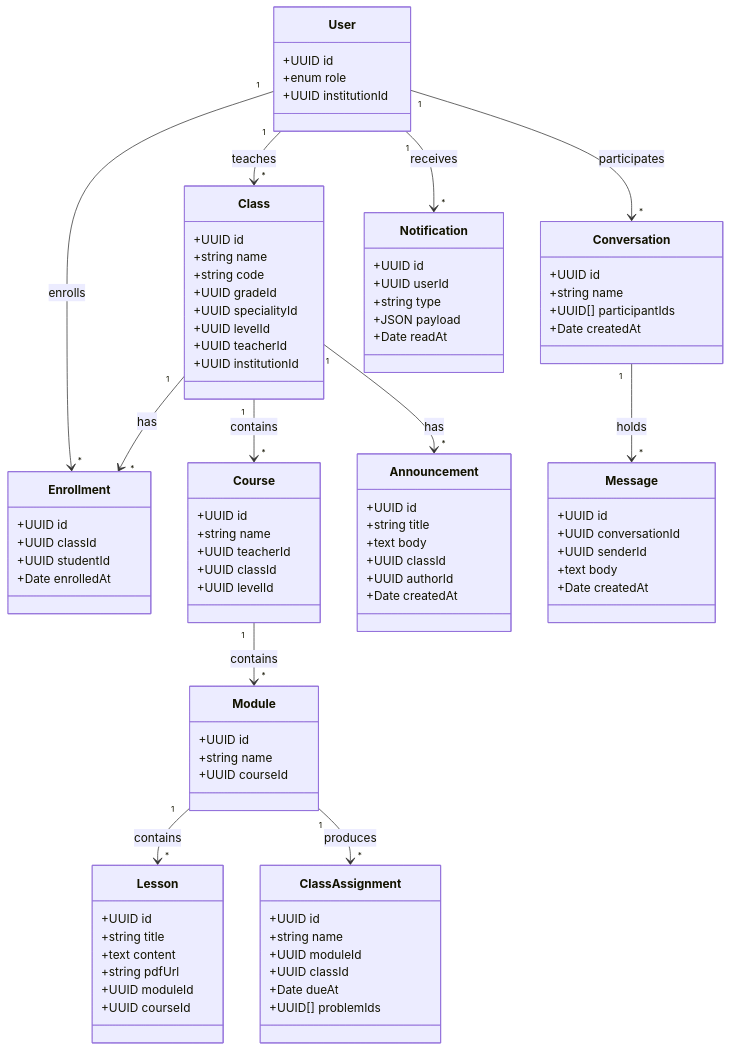
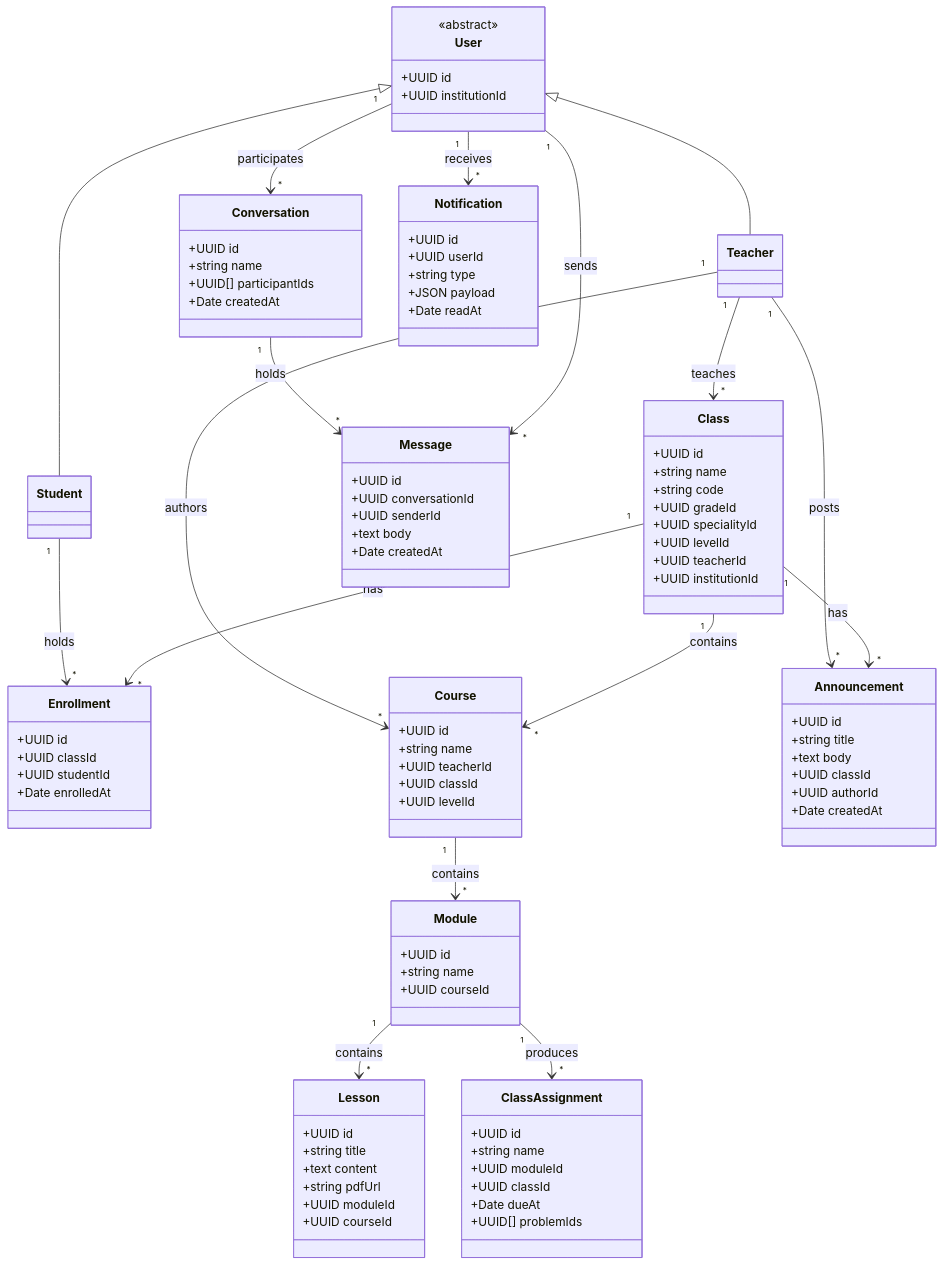
The sixth of 8 diagrams in docs/07_chapitre5_sprint3.md (MaizaAymen/OmniLearn), drawn with Mermaid before and after one commit. The commit also changed other lines of this file and 4 other files, not shown here.

````diff
--- a/docs/07_chapitre5_sprint3.md
+++ b/docs/07_chapitre5_sprint3.md
@@ -262,10 +262,15 @@
 ```mermaid
 classDiagram
   class User {
+    <<abstract>>
     +UUID id
-    +enum role
     +UUID institutionId
   }
+  class Teacher
+  class Student
+  User <|-- Teacher
+  User <|-- Student
+
   class Class {
     +UUID id
     +string name
@@ -339,15 +344,18 @@
     +Date readAt
   }
 
-  User "1"  --> "*" Class       : teaches
-  User "1"  --> "*" Enrollment  : enrolls
-  Class "1" --> "*" Enrollment  : has
-  Class "1" --> "*" Course      : contains
-  Course "1" --> "*" Module     : contains
-  Module "1" --> "*" Lesson     : contains
-  Module "1" --> "*" ClassAssignment : produces
-  Class "1" --> "*" Announcement     : has
-  User  "1" --> "*" Conversation     : participates
-  Conversation "1" --> "*" Message   : holds
-  User  "1" --> "*" Notification     : receives
+  Teacher "1" --> "*" Class            : teaches
+  Teacher "1" --> "*" Course           : authors
+  Teacher "1" --> "*" Announcement     : posts
+  Student "1" --> "*" Enrollment       : holds
+  Class   "1" --> "*" Enrollment       : has
+  Class   "1" --> "*" Course           : contains
+  Course  "1" --> "*" Module           : contains
+  Module  "1" --> "*" Lesson           : contains
+  Module  "1" --> "*" ClassAssignment  : produces
+  Class   "1" --> "*" Announcement     : has
+  User    "1" --> "*" Conversation     : participates
+  Conversation "1" --> "*" Message     : holds
+  User    "1" --> "*" Message          : sends
+  User    "1" --> "*" Notification     : receives
 ```
````
